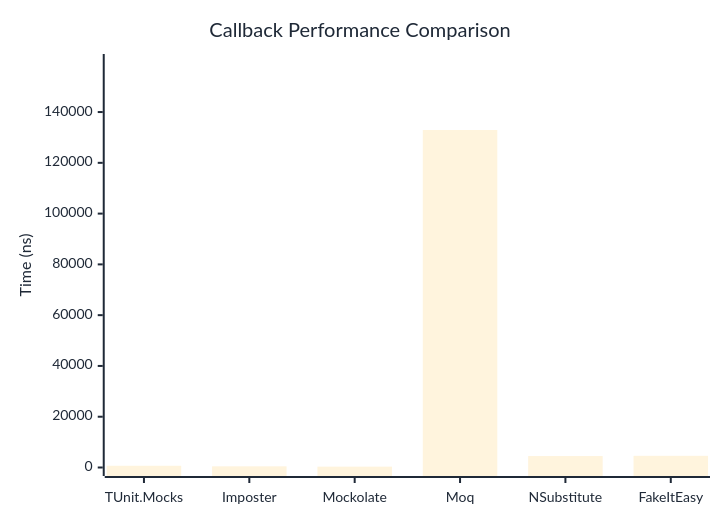
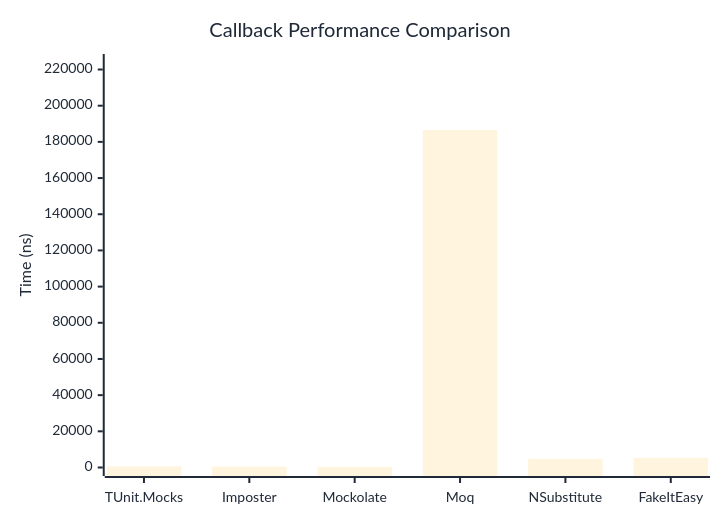
One commit to zion-sati/TUnit-NetWasm changed the first of 2 diagrams in docs/docs/benchmarks/mocks/Callback.md. Above: the diagram before and after it, drawn with Mermaid. The commit also changed other lines of this file and 294 other files, not shown here.

````diff
--- a/docs/docs/benchmarks/mocks/Callback.md
+++ b/docs/docs/benchmarks/mocks/Callback.md
@@ -30,27 +30,27 @@
 ```mermaid
 %%{init: {
   'theme':'base',
   'themeVariables': {
     'primaryColor': '#2563eb',
     'primaryTextColor': '#1f2937',
     'primaryBorderColor': '#1e40af',
     'lineColor': '#6b7280',
     'secondaryColor': '#7c3aed',
     'tertiaryColor': '#dc2626',
     'background': '#ffffff',
     'pie1': '#2563eb',
     'pie2': '#7c3aed',
     'pie3': '#dc2626',
     'pie4': '#f59e0b',
     'pie5': '#10b981',
     'pie6': '#06b6d4',
     'pie7': '#ec4899',
     'pie8': '#6366f1'
   }
 }}%%
 xychart-beta
   title "Callback Performance Comparison"
   x-axis ["TUnit.Mocks", "Imposter", "Mockolate", "Moq", "NSubstitute", "FakeItEasy"]
-  y-axis "Time (ns)" 0 --> 159516
-  bar [683.7, 458.5, 339.7, 132929.9, 4507.2, 4596.7]
+  y-axis "Time (ns)" 0 --> 223878
+  bar [661.9, 491.2, 350.2, 186564.4, 4755.2, 5341.6]
 ```
````
